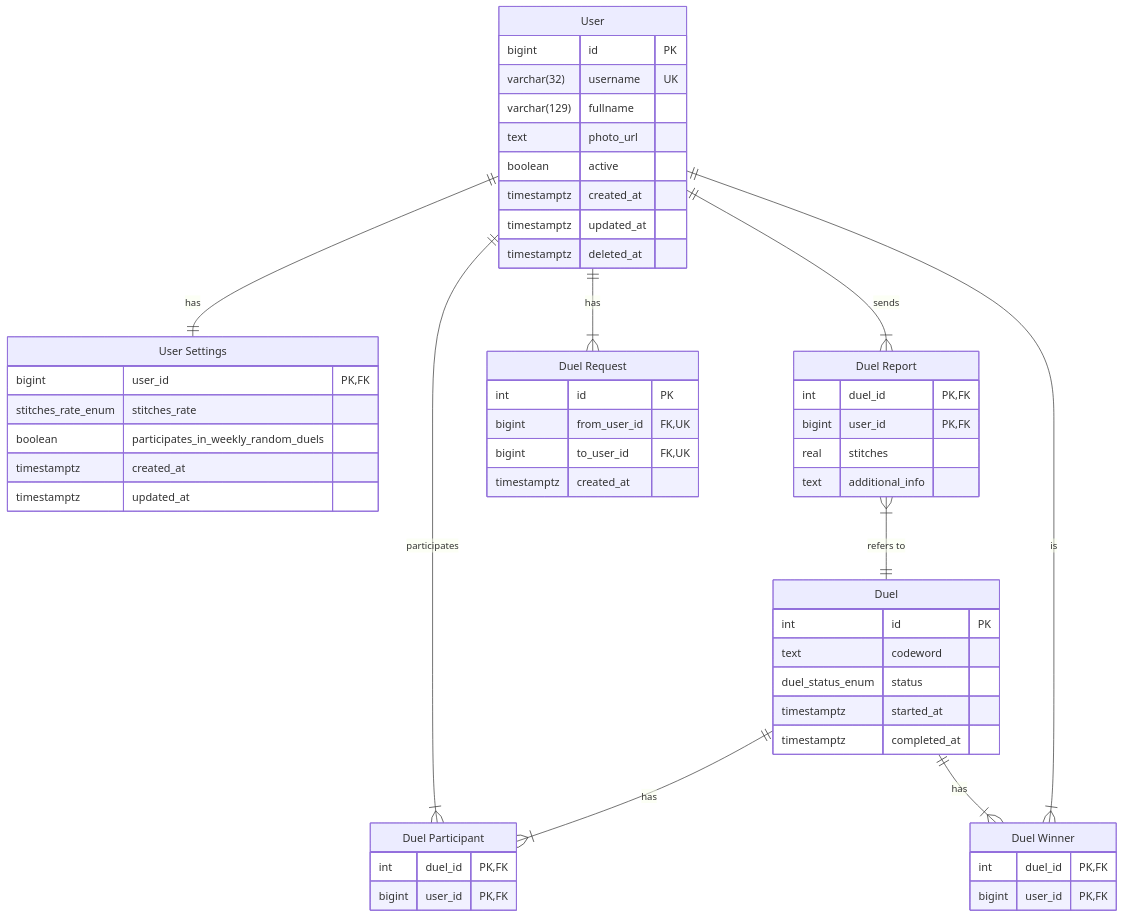
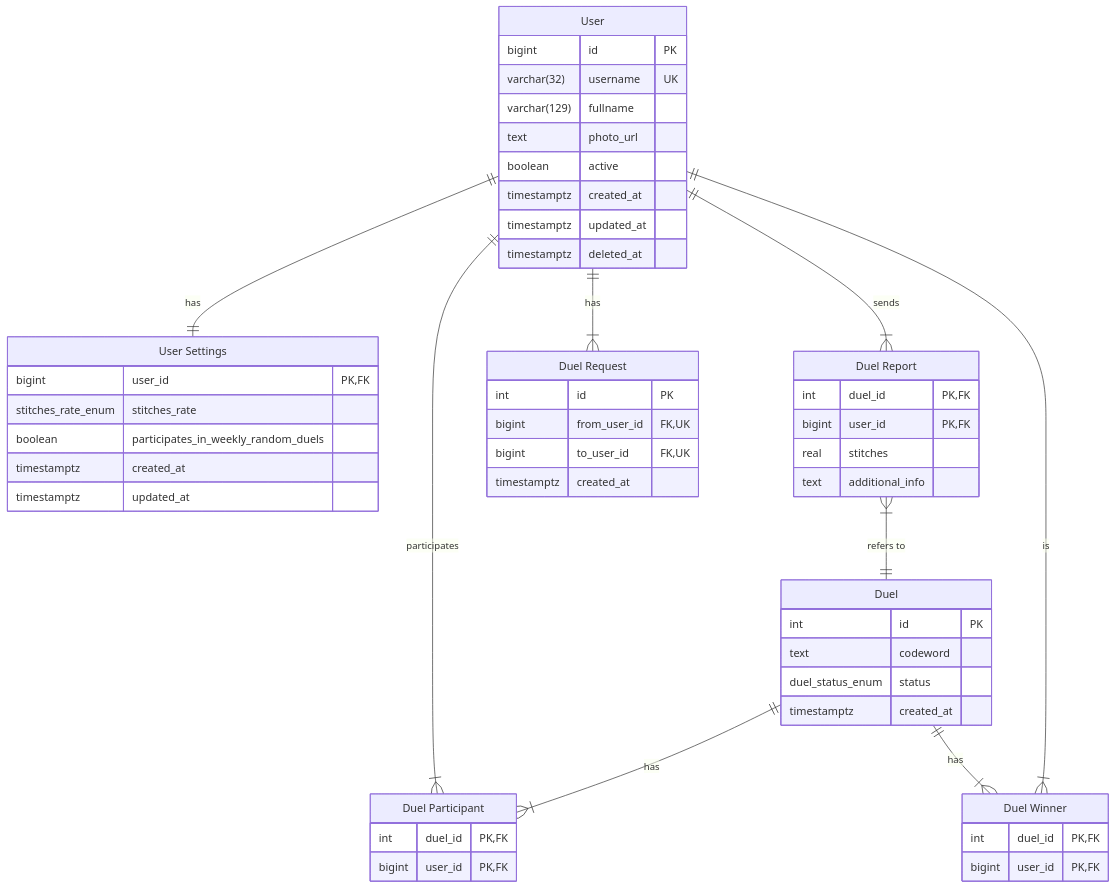
One commit to niusia-ua/cross-stitch-dueling-bot changed the diagram in docs/database.md. Above: the diagram before and after it, drawn with Mermaid. The commit also changed 6 other files, not shown here.

````diff
--- a/docs/database.md
+++ b/docs/database.md
@@ -3,66 +3,65 @@
 ```mermaid
 erDiagram
   "User" {
     bigint id PK
     varchar(32) username UK
     varchar(129) fullname
     text photo_url
     boolean active
     timestamptz created_at
     timestamptz updated_at
     timestamptz deleted_at
   }
 
   "User Settings" {
     bigint user_id PK, FK
     stitches_rate_enum stitches_rate
     boolean participates_in_weekly_random_duels
     timestamptz created_at
     timestamptz updated_at
   }
 
   "Duel" {
     int id PK
     text codeword
     duel_status_enum status
-    timestamptz started_at
-    timestamptz completed_at
+    timestamptz created_at
   }
 
   "Duel Request" {
     int id PK
     bigint from_user_id FK, UK
     bigint to_user_id FK, UK
     timestamptz created_at
   }
 
   "Duel Participant" {
     int duel_id PK, FK
     bigint user_id PK, FK
   }
 
   "Duel Report" {
     int duel_id PK, FK
     bigint user_id PK, FK
     real stitches
     text additional_info
   }
 
   "Duel Winner" {
     int duel_id PK,FK
     bigint user_id PK,FK
   }
 
   "User" ||--|| "User Settings" : "has"
 
   "Duel" ||--|{ "Duel Participant" : "has"
   "User" ||--|{ "Duel Participant" : "participates"
 
   "User" ||--|{ "Duel Request" : "has"
 
   "Duel Report" }|--|| "Duel" : "refers to"
   "User" ||--|{ "Duel Report" : "sends"
 
   "User" ||--|{ "Duel Winner" : "is"
   "Duel" ||--|{ "Duel Winner" : "has"
 ```
````
